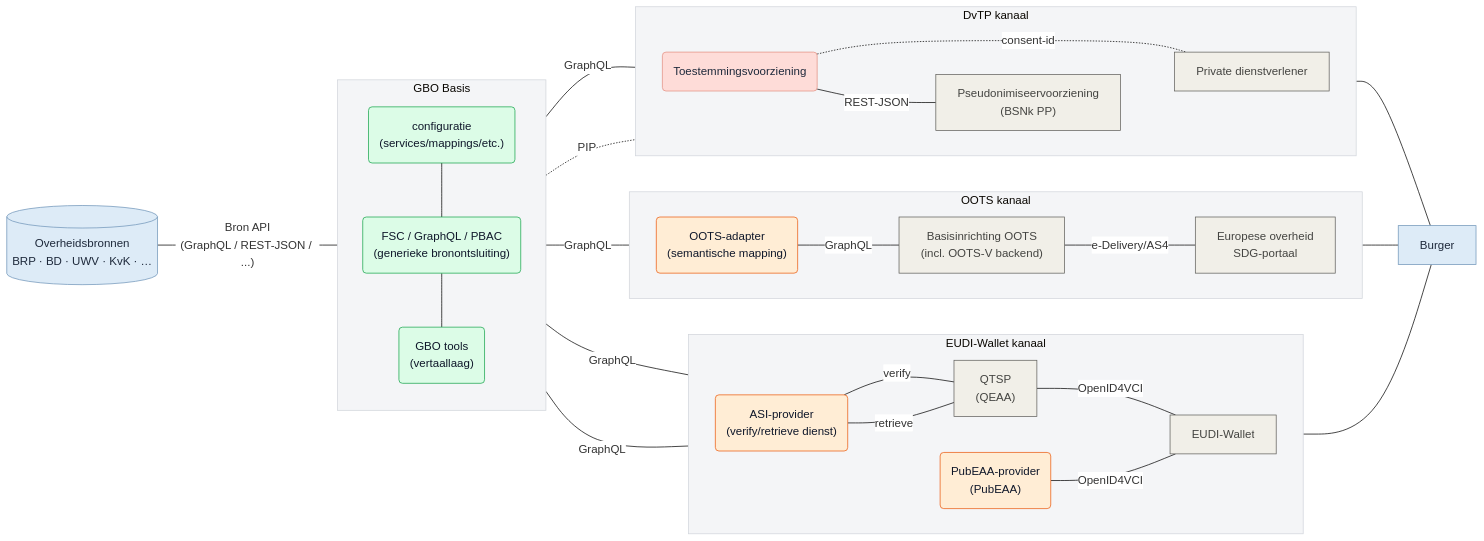
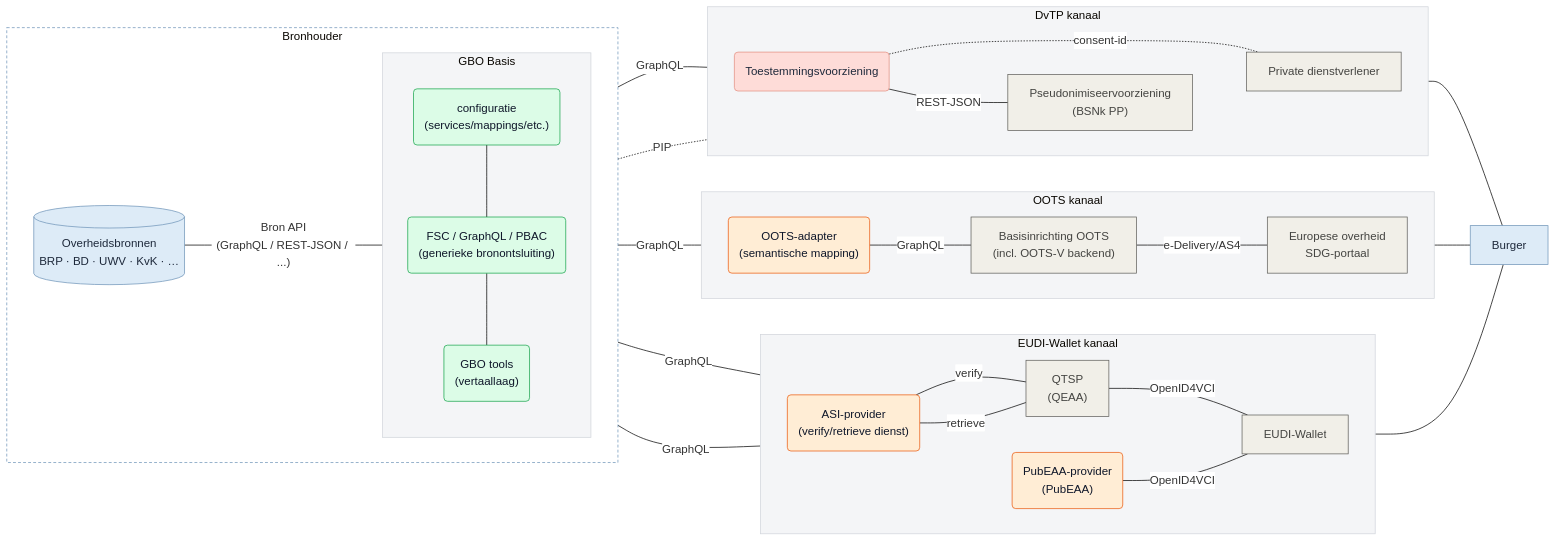
One commit to ICTU/GBO-GO changed the diagram in main/diagrammen/gbo_swimlanes.mmd. Above: the diagram before and after it, drawn with Mermaid. The commit also changed 10 other files, not shown here.

```diff
--- a/main/diagrammen/gbo_swimlanes.mmd
+++ b/main/diagrammen/gbo_swimlanes.mmd
@@ -1,90 +1,95 @@
 %%{
   init: {
     'theme': 'base',
     'themeVariables': {
       'darkMode': false,
       'background': '#FFFFFF',
       'edgeLabelBackground': '#FFFFFF'
     },
     'themeCSS': 'svg, .mermaid, #mermaid-svg, .mermaid > svg { background-color: #FFFFFF !important; background: #FFFFFF !important; } @media (prefers-color-scheme: dark) { svg, .mermaid, #mermaid-svg, .mermaid > svg { background-color: #FFFFFF !important; background: #FFFFFF !important; } }'
   }
 }%%
 flowchart LR
-  subgraph gbo["GBO Basis"]
-    direction TB
-        fsc_config("configuratie<br/>(services/mappings/etc.)")
-        fsc("FSC / GraphQL / PBAC<br/>(generieke bronontsluiting)")
-        fsc_tools("GBO tools<br/>(vertaallaag)")
+  subgraph bronhouder["Bronhouder"]
+    direction LR
+        bron[("Overheidsbronnen<br/>BRP · BD · UWV · KvK · …")]
+    subgraph gbo["GBO Basis"]
+      direction TB
+          fsc_config("configuratie<br/>(services/mappings/etc.)")
+          fsc("FSC / GraphQL / PBAC<br/>(generieke bronontsluiting)")
+          fsc_tools("GBO tools<br/>(vertaallaag)")
+    end
   end
   subgraph eudi["EUDI-Wallet kanaal"]
     direction LR
         eudi_asi("ASI-provider<br/>(verify/retrieve dienst)")
         eudi_pubeaa("PubEAA-provider<br/>(PubEAA)")
         eudi_qeaa["QTSP<br/>(QEAA)"]
         eudi_wallet["EUDI-Wallet"]
   end
   subgraph oots["OOTS kanaal"]
     direction LR
         oots_adapter("OOTS-adapter<br/>(semantische mapping)")
         oots_basis["Basisinrichting OOTS<br/>(incl. OOTS-V backend)"]
         oots_afnemer["Europese overheid<br/>SDG-portaal"]
   end
   subgraph dvtp["DvTP kanaal"]
     direction LR
         dvtp_toestemming("Toestemmingsvoorziening")
         dvtp_pseudoniem["Pseudonimiseervoorziening<br/>(BSNk PP)"]
         dvtp_afnemer["Private dienstverlener"]
   end
 
   fsc_config --- fsc
   fsc --- fsc_tools
-  bron[("Overheidsbronnen<br/>BRP · BD · UWV · KvK · …")] -- Bron API<br/>(GraphQL / REST-JSON / ...) --- gbo
+  bron -- Bron API<br/>(GraphQL / REST-JSON / ...) --- gbo
   eudi_asi -- verify --- eudi_qeaa
   eudi_asi -- retrieve --- eudi_qeaa
   eudi_qeaa -- OpenID4VCI --- eudi_wallet
   gbo -- GraphQL --- eudi_asi & eudi_pubeaa & oots_adapter & dvtp_afnemer
   eudi_asi ~~~ eudi_pubeaa
   eudi_pubeaa -- OpenID4VCI --- eudi_wallet
   oots_adapter -- GraphQL --- oots_basis
   oots_basis -- e-Delivery/AS4 --- oots_afnemer
   gbo -. PIP .- dvtp_toestemming
   dvtp_toestemming -. consent-id .- dvtp_afnemer
   dvtp_toestemming -- REST-JSON --- dvtp_pseudoniem
   dvtp_pseudoniem ~~~ dvtp_afnemer
   eudi_wallet --- burger["Burger"]
   oots_afnemer --- burger
   dvtp_afnemer --- burger
 
   fsc:::gbo_d
   fsc_tools:::gbo_d
   fsc_config:::gbo_d
   eudi_asi:::gbo_k
   eudi_pubeaa:::gbo_k
   eudi_qeaa:::eudi
   eudi_wallet:::eudi
   oots_adapter:::gbo_k
   oots_basis:::oots
   oots_afnemer:::oots
   dvtp_toestemming:::gbo_c
   dvtp_pseudoniem:::dvtp
   dvtp_afnemer:::dvtp
   bron:::bron
   burger:::burger
 
   %% Subgraph Stijlen
+  style bronhouder fill:#FFFFFF,stroke:#6F94B8,stroke-width:1px,stroke-dasharray:4 3
   style gbo fill:#F4F5F7,stroke:#D1D5DB,stroke-width:1px
   style eudi fill:#F4F5F7,stroke:#D1D5DB,stroke-width:1px
   style oots fill:#F4F5F7,stroke:#D1D5DB,stroke-width:1px
   style dvtp fill:#F4F5F7,stroke:#D1D5DB,stroke-width:1px
 
   %% Elementstijlen
   classDef bron fill:#DDEBF7,stroke:#6F94B8,color:#1E293B
   classDef burger fill:#DDEBF7,stroke:#6F94B8,color:#1E293B
 
   classDef eudi fill:#f1efe8,stroke:#5f5e5a,color:#444441
   classDef oots fill:#f1efe8,stroke:#5f5e5a,color:#444441
   classDef dvtp fill:#f1efe8,stroke:#5f5e5a,color:#444441
 
   classDef gbo_c fill:#FEDCD8,stroke:#E28F80,color:#1E293B
   classDef gbo_d fill:#DCFCE7,stroke:#16A34A,color:#0F172A
   classDef gbo_k fill:#FFEDD5,stroke:#EA580C,color:#0F172A
```
